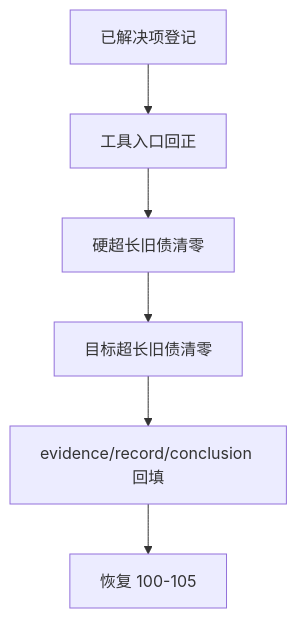
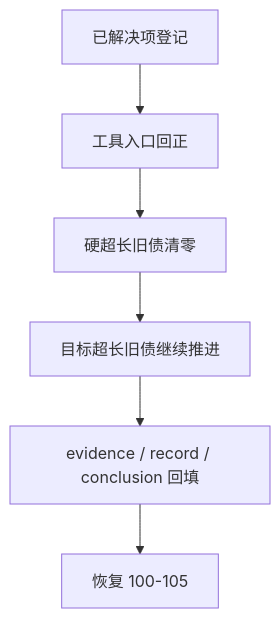
Before and after one commit to everything-is-simple/lifespan-0.01: the diagram in docs/03-execution/37-system-governance-historical-debt-backlog-burndown-card-20260412.md, drawn with Mermaid. The commit also changed other lines of this file and 19 other files, not shown here.

````diff
--- a/docs/03-execution/37-system-governance-historical-debt-backlog-burndown-card-20260412.md
+++ b/docs/03-execution/37-system-governance-historical-debt-backlog-burndown-card-20260412.md
@@ -116,8 +91,8 @@
 ```mermaid
 flowchart TD
     A["已解决项登记"] --> B["工具入口回正"]
     B --> C["硬超长旧债清零"]
-    C --> D["目标超长旧债清零"]
-    D --> E["evidence/record/conclusion 回填"]
+    C --> D["目标超长旧债继续推进"]
+    D --> E["evidence / record / conclusion 回填"]
     E --> F["恢复 100-105"]
 ```
````
